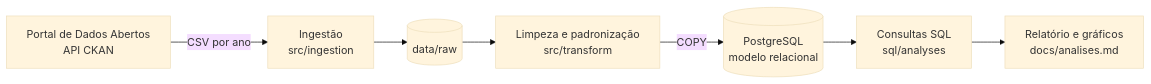
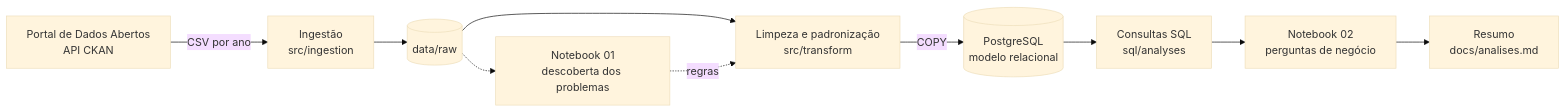
One commit to nogsposito/recife-156 changed the first of 2 diagrams in README.md. Above: the diagram before and after it, drawn with Mermaid (base theme). The commit also changed other lines of this file and 15 other files, not shown here.

````diff
--- a/README.md
+++ b/README.md
@@ -19,9 +19,12 @@
 ```mermaid
 flowchart LR
     A[Portal de Dados Abertos<br/>API CKAN] -->|CSV por ano| B[Ingestão<br/>src/ingestion]
     B --> C[(data/raw)]
     C --> D[Limpeza e padronização<br/>src/transform]
+    C -.-> N1[Notebook 01<br/>descoberta dos problemas]
+    N1 -.->|regras| D
     D -->|COPY| E[(PostgreSQL<br/>modelo relacional)]
     E --> F[Consultas SQL<br/>sql/analyses]
-    F --> G[Relatório e gráficos<br/>docs/analises.md]
+    F --> N2[Notebook 02<br/>perguntas de negócio]
+    N2 --> G[Resumo<br/>docs/analises.md]
 ```
````
